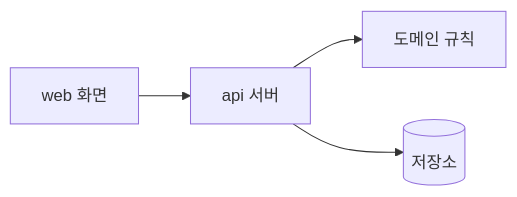
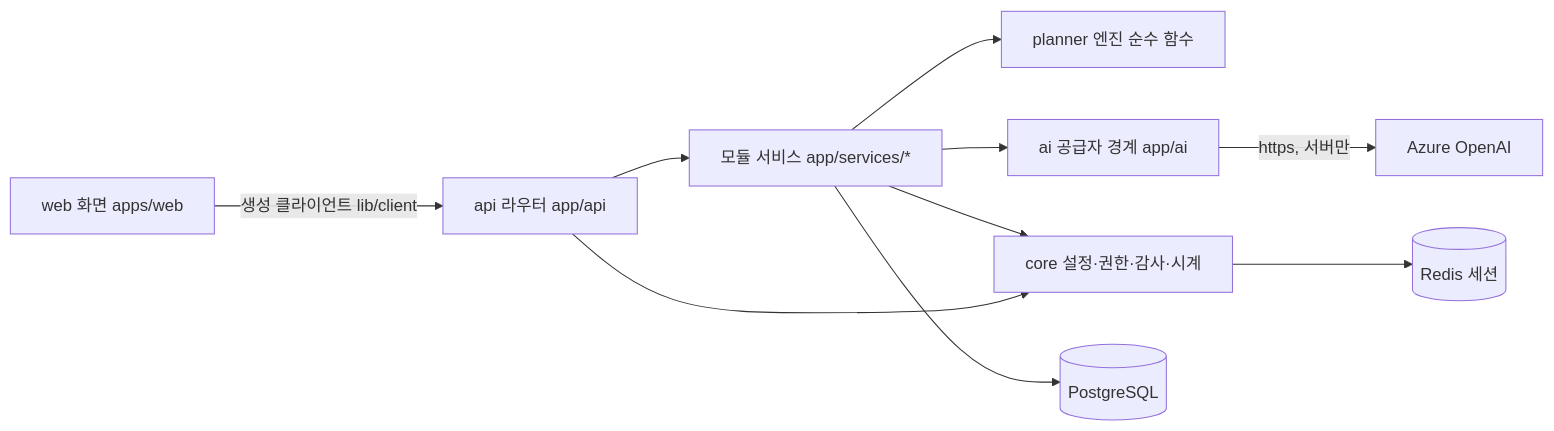
Before and after one commit to DaechulJung/EDUCONNECT: the first of 2 diagrams in docs/arch.md, drawn with Mermaid. The commit also changed other lines of this file and 1 other file, not shown here.

````diff
--- a/docs/arch.md
+++ b/docs/arch.md
@@ -25,6 +136,12 @@
 ```mermaid
 graph LR
-  web[web 화면] --> api[api 서버]
-  api --> domain[도메인 규칙]
-  api --> store[(저장소)]
+  web[web 화면 apps/web] -->|생성 클라이언트 lib/client| api[api 라우터 app/api]
+  api --> svc[모듈 서비스 app/services/*]
+  svc --> engine[planner 엔진 순수 함수]
+  svc --> ai[ai 공급자 경계 app/ai]
+  svc --> core[core 설정·권한·감사·시계]
+  api --> core
+  svc --> store[(PostgreSQL)]
+  core --> redis[(Redis 세션)]
+  ai -->|https, 서버만| azure[Azure OpenAI]
 ```
````
